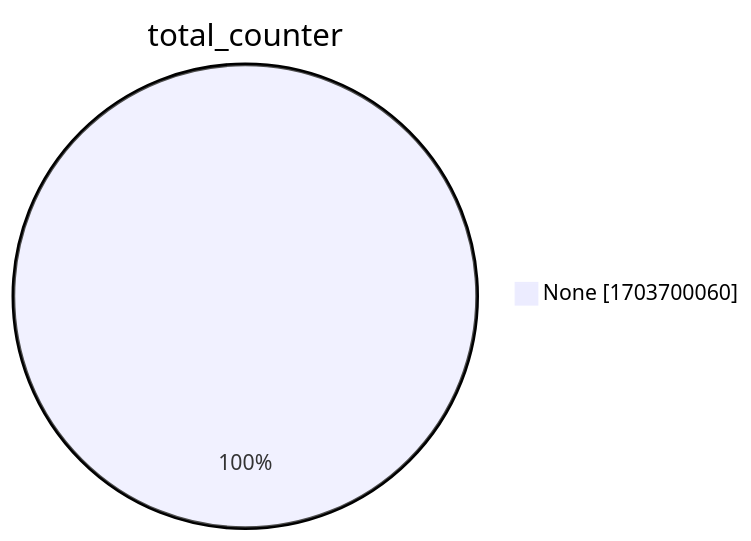
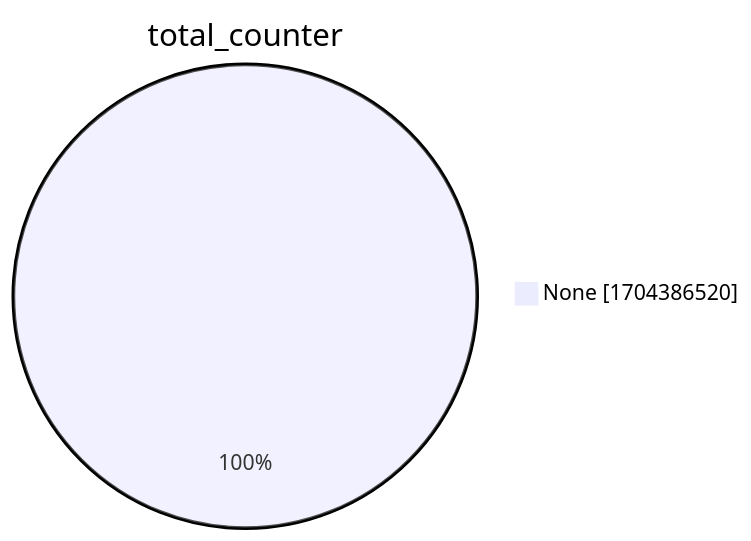
Before and after one commit to christiankrug/ctmonitor_visualization: the second of 15 diagrams in xenon2022/README.md, drawn with Mermaid. The commit also changed other lines of this file, not shown here.

````diff
--- a/xenon2022/README.md
+++ b/xenon2022/README.md
@@ -9,5 +9,5 @@
 ```mermaid
 pie showData
 title total_counter
-"None" :1703700060
+"None" :1704386520
 ```
````
